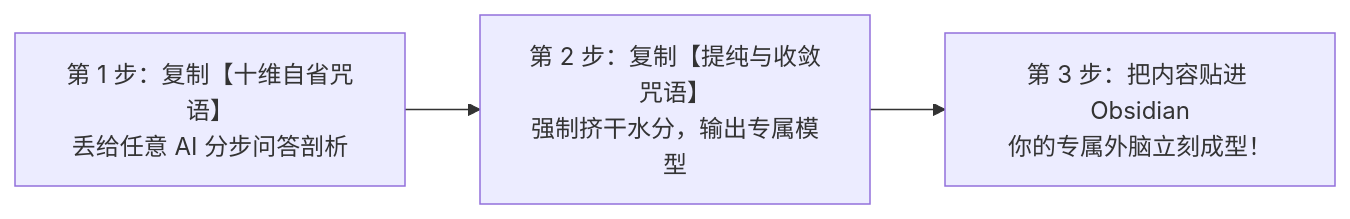
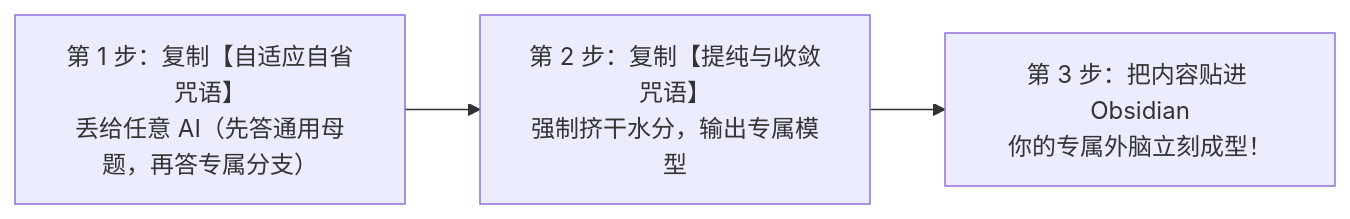
The diagram in docs/QUICK_START.md (amen121386/Know-Yourself), drawn with Mermaid before and after one commit. The commit also changed other lines of this file and 4 other files, not shown here.

````diff
--- a/docs/QUICK_START.md
+++ b/docs/QUICK_START.md
@@ -12,5 +12,5 @@
 ```mermaid
 flowchart LR
-    A["第 1 步：复制【十维自省咒语】<br>丢给任意 AI 分步问答剖析"] --> B["第 2 步：复制【提纯与收敛咒语】<br>强制挤干水分，输出专属模型"]
+    A["第 1 步：复制【自适应自省咒语】<br>丢给任意 AI（先答通用母题，再答专属分支）"] --> B["第 2 步：复制【提纯与收敛咒语】<br>强制挤干水分，输出专属模型"]
     B --> C["第 3 步：把内容贴进 Obsidian<br>你的专属外脑立刻成型！"]
 ```
````
